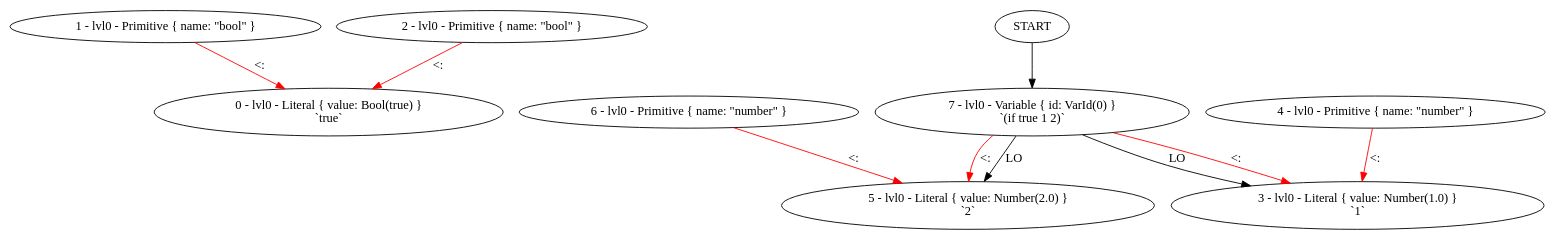
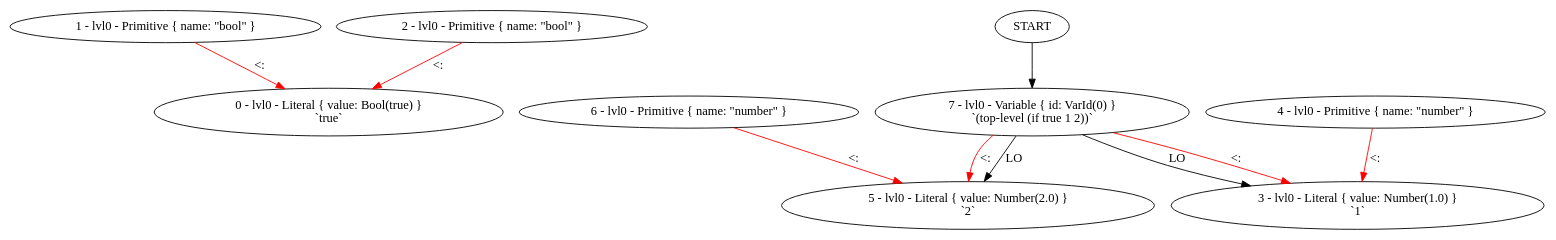
The diagram in docs/journal/2025-06-20.md (frondeus/project-s), drawn with Graphviz before and after one commit. The commit also changed 7 other files, not shown here.

````diff
--- a/docs/journal/2025-06-20.md
+++ b/docs/journal/2025-06-20.md
@@ -30,22 +30,22 @@
 ```graphviz
 digraph G {
 N0 [label="0 - lvl0 - Literal { value: Bool(true) }\n`true`"];
 N1 [label="1 - lvl0 - Primitive { name: \"bool\" }"];
 N2 [label="2 - lvl0 - Primitive { name: \"bool\" }"];
 N3 [label="3 - lvl0 - Literal { value: Number(1.0) }\n`1`"];
 N4 [label="4 - lvl0 - Primitive { name: \"number\" }"];
 N5 [label="5 - lvl0 - Literal { value: Number(2.0) }\n`2`"];
 N6 [label="6 - lvl0 - Primitive { name: \"number\" }"];
-N7 [label="7 - lvl0 - Variable { id: VarId(0) }\n`(if true 1 2)`"];
+N7 [label="7 - lvl0 - Variable { id: VarId(0) }\n`(top-level (if true 1 2))`"];
 START -> N7
 N7 -> N3 [label="LO"];
 N7 -> N5 [label="LO"];
 N1 -> N0 [label="<:";color=red];
 N2 -> N0 [label="<:";color=red];
 N4 -> N3 [label="<:";color=red];
 N6 -> N5 [label="<:";color=red];
 N7 -> N3 [label="<:";color=red];
 N7 -> N5 [label="<:";color=red];
 }
 
 ```
````
